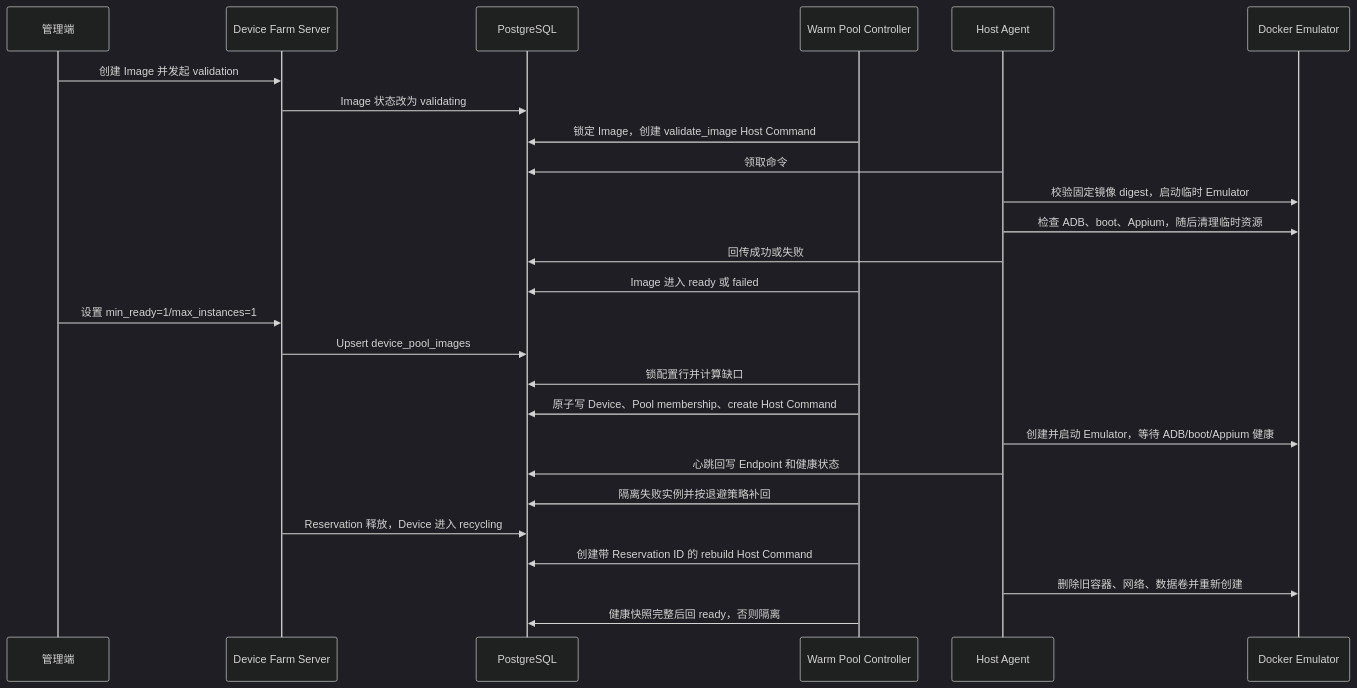
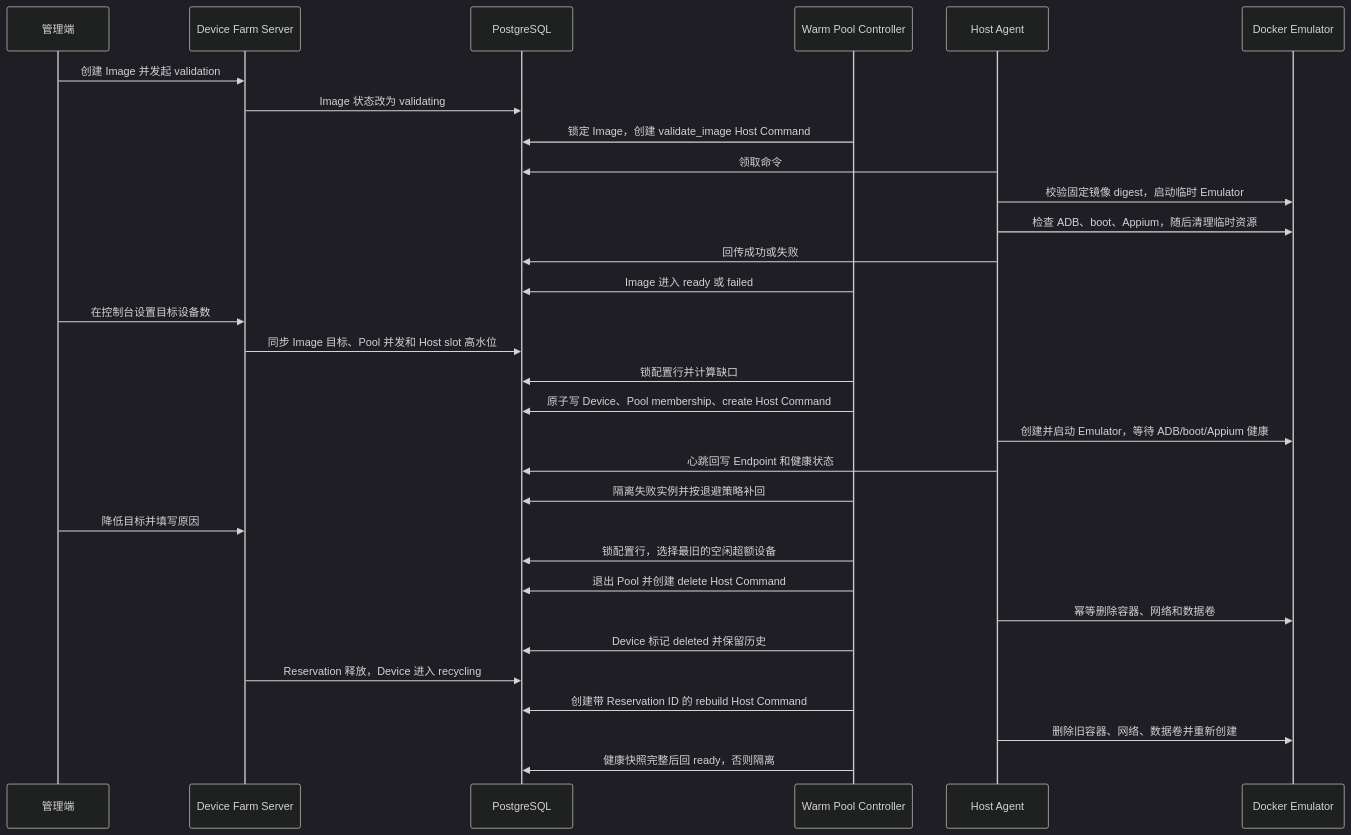
The diagram in docs/warm_pool_controller.md (k2736680-kerr/alcor_device_farm), drawn with Mermaid (dark theme) before and after one commit. The commit also changed other lines of this file and 27 other files, not shown here.

````diff
--- a/docs/warm_pool_controller.md
+++ b/docs/warm_pool_controller.md
@@ -26,29 +27,34 @@
 ```mermaid
 sequenceDiagram
     participant Admin as 管理端
     participant Server as Device Farm Server
     participant DB as PostgreSQL
     participant Controller as Warm Pool Controller
     participant Agent as Host Agent
     participant Docker as Docker Emulator
 
     Admin->>Server: 创建 Image 并发起 validation
     Server->>DB: Image 状态改为 validating
     Controller->>DB: 锁定 Image，创建 validate_image Host Command
     Agent->>DB: 领取命令
     Agent->>Docker: 校验固定镜像 digest，启动临时 Emulator
     Agent->>Docker: 检查 ADB、boot、Appium，随后清理临时资源
     Agent->>DB: 回传成功或失败
     Controller->>DB: Image 进入 ready 或 failed
-    Admin->>Server: 设置 min_ready=1/max_instances=1
-    Server->>DB: Upsert device_pool_images
+    Admin->>Server: 在控制台设置目标设备数
+    Server->>DB: 同步 Image 目标、Pool 并发和 Host slot 高水位
     Controller->>DB: 锁配置行并计算缺口
     Controller->>DB: 原子写 Device、Pool membership、create Host Command
     Agent->>Docker: 创建并启动 Emulator，等待 ADB/boot/Appium 健康
     Agent->>DB: 心跳回写 Endpoint 和健康状态
     Controller->>DB: 隔离失败实例并按退避策略补回
+    Admin->>Server: 降低目标并填写原因
+    Controller->>DB: 锁配置行，选择最旧的空闲超额设备
+    Controller->>DB: 退出 Pool 并创建 delete Host Command
+    Agent->>Docker: 幂等删除容器、网络和数据卷
+    Controller->>DB: Device 标记 deleted 并保留历史
     Server->>DB: Reservation 释放，Device 进入 recycling
     Controller->>DB: 创建带 Reservation ID 的 rebuild Host Command
     Agent->>Docker: 删除旧容器、网络、数据卷并重新创建
     Controller->>DB: 健康快照完整后回 ready，否则隔离
 ```
````
